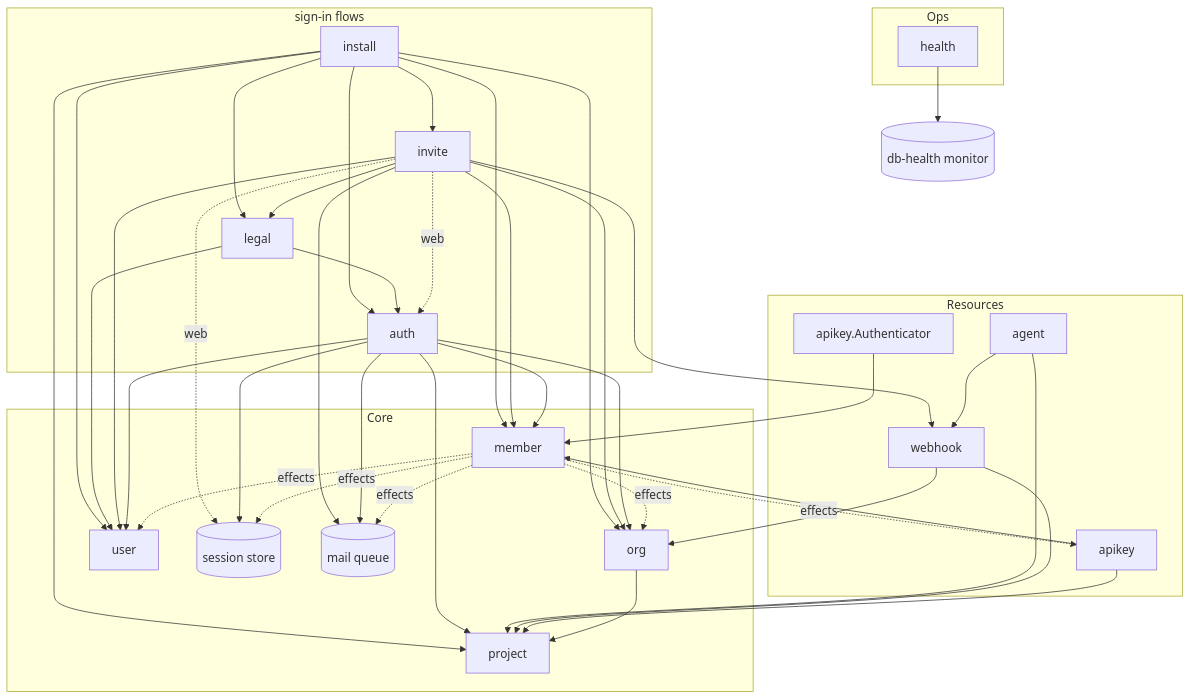
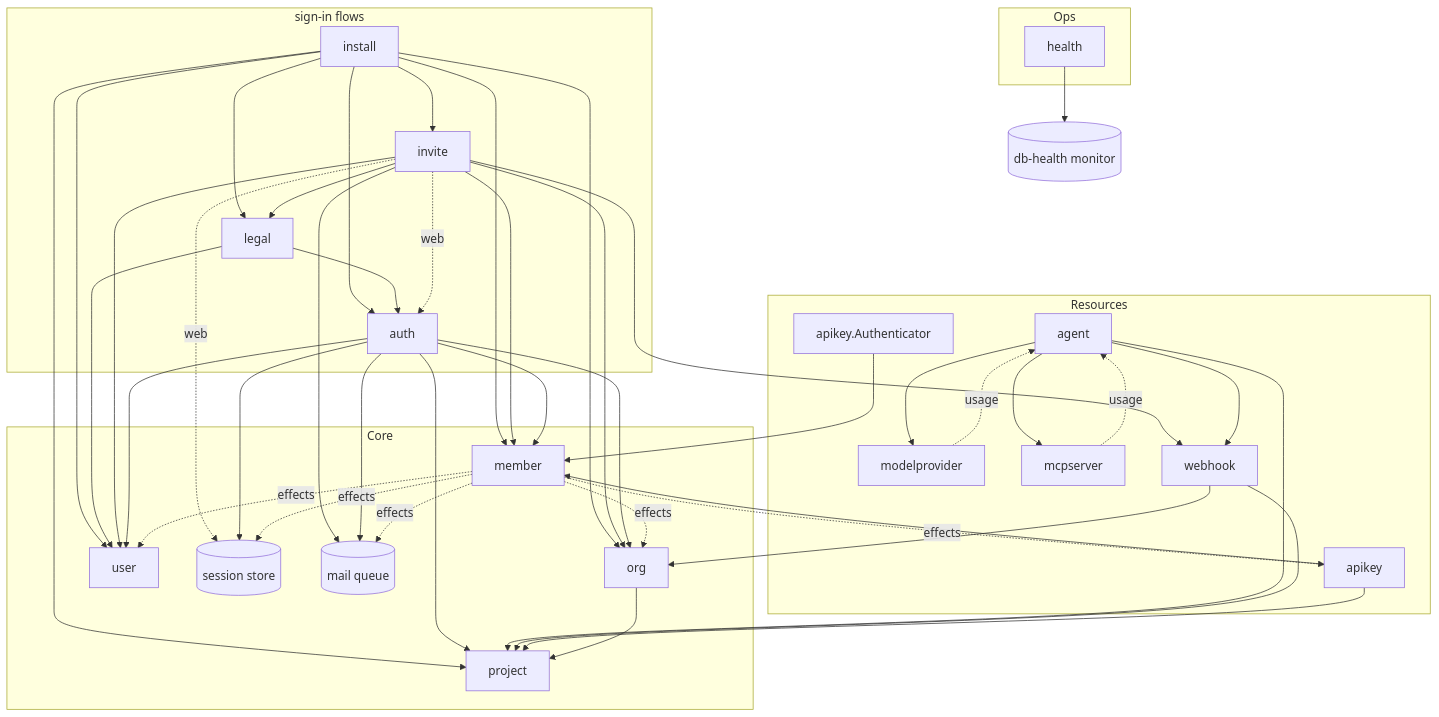
Before and after one commit to altalune-id/oagent: the third of 3 diagrams in internal/boot/README.md, drawn with Mermaid. The commit also changed other lines of this file and 178 other files, not shown here.

````diff
--- a/internal/boot/README.md
+++ b/internal/boot/README.md
@@ -119,44 +125,49 @@
 ```mermaid
 flowchart TD
     subgraph Flows["sign-in flows"]
         install
         legal
         auth
         invite
     end
     subgraph Ops
         health
     end
     subgraph Resources
         agent
+        modelprovider
+        mcpserver
         webhook
         apikey
         keyAuthn["apikey.Authenticator"]
     end
     subgraph Core
         org
         project
         member
         user
         sessions[(session store)]
         mailqueue[(mail queue)]
     end
 
     install --> auth
     legal --> auth
     install --> user & org & member & project & legal & invite
     legal --> user
     invite --> member & user & org & mailqueue & webhook & legal
     invite -. web .-> auth & sessions
     auth --> user & member & org & project & sessions & mailqueue
 
     agent --> webhook
     agent --> project
+    agent --> modelprovider & mcpserver
+    modelprovider -. usage .-> agent
+    mcpserver -. usage .-> agent
     webhook --> project & org
     apikey --> project & member
     keyAuthn --> member
     member -. effects .-> sessions & apikey & user & org & mailqueue
     health --> dbh[(db-health monitor)]
 
     org --> project
 ```
````
